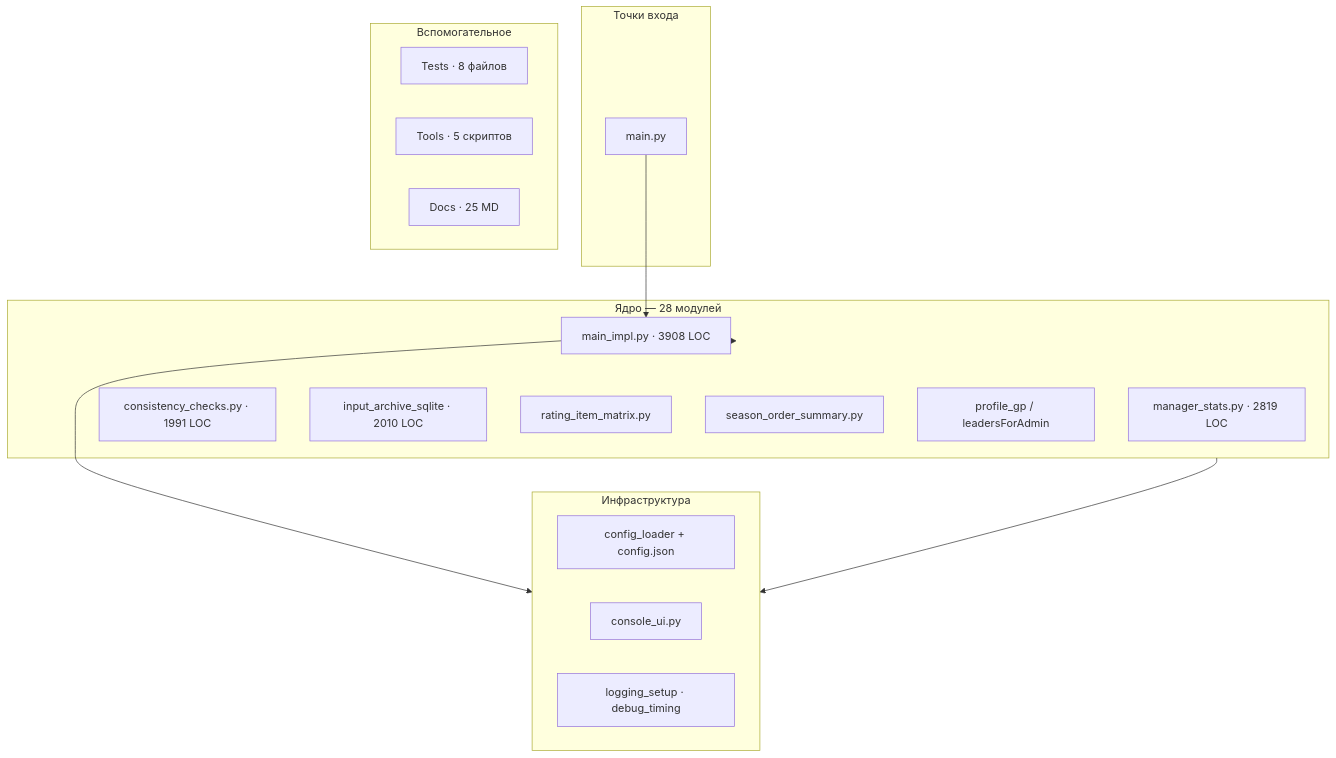
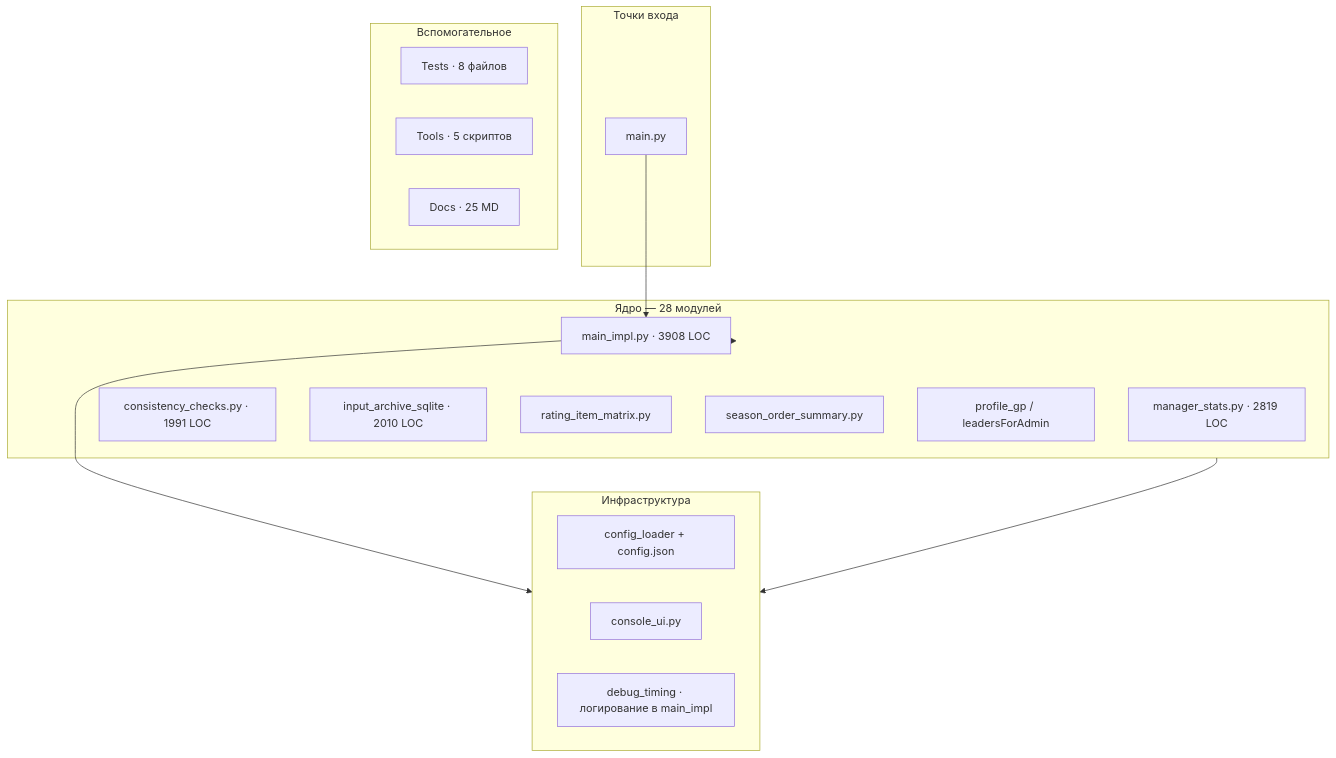
One commit to OrionFLASH/SPOD_PARCE_LOAD changed the first of 5 diagrams in Docs/CODEBASE_ANALYTICS.md. Above: the diagram before and after it, drawn with Mermaid. The commit also changed other lines of this file and 9 other files, not shown here.

First line of the commit message:
Рефакторинг, этап 3: структура и логирование (STR-02/03/04, BUG-05/07/08/10/11/12, LOG-03/04, ENV-02, PERF-08/09, INFO-01)

````diff
--- a/Docs/CODEBASE_ANALYTICS.md
+++ b/Docs/CODEBASE_ANALYTICS.md
@@ -46,29 +46,29 @@
 ```mermaid
 flowchart TB
     subgraph entry [Точки входа]
         main[main.py]
     end
     subgraph core [Ядро — 28 модулей]
         mi[main_impl.py · 3908 LOC]
         ms[manager_stats.py · 2819 LOC]
         cc[consistency_checks.py · 1991 LOC]
         arch[input_archive_sqlite · 2010 LOC]
         rim[rating_item_matrix.py]
         sos[season_order_summary.py]
         prom[profile_gp / leadersForAdmin]
     end
     subgraph infra [Инфраструктура]
         cfg[config_loader + config.json]
         ui[console_ui.py]
-        log[logging_setup · debug_timing]
+        log[debug_timing · логирование в main_impl]
     end
     subgraph aux [Вспомогательное]
         tests[Tests · 8 файлов]
         tools[Tools · 5 скриптов]
         docs[Docs · 25 MD]
     end
     main --> mi
     mi --> core
     mi --> infra
     core --> infra
 ```
````
